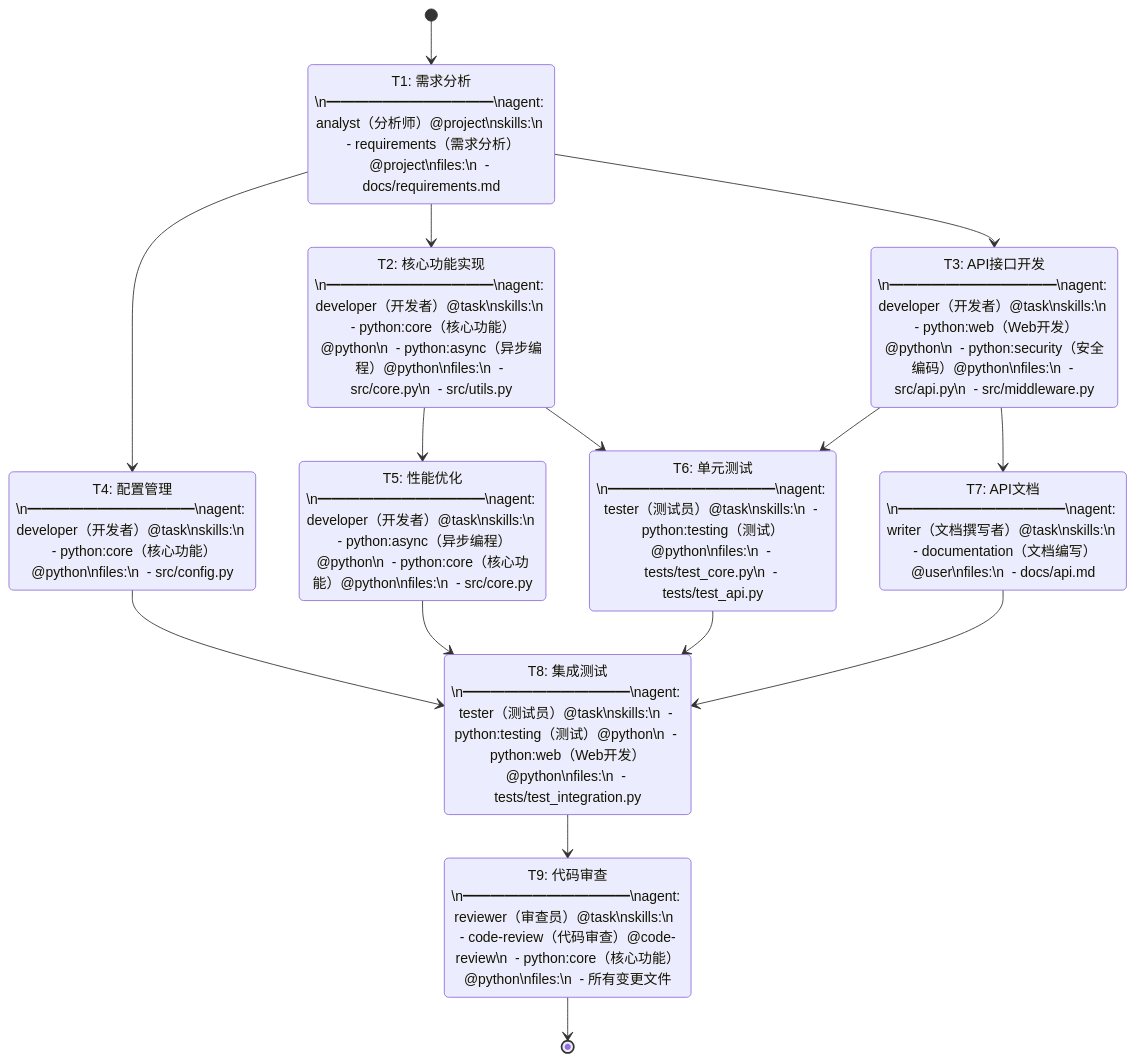
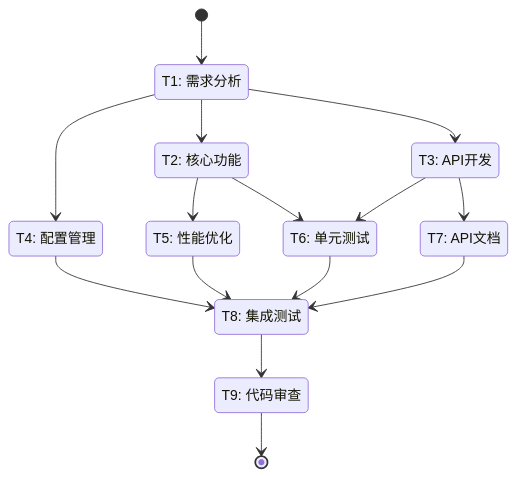
Before and after one commit to lazygophers/ccplugin: the diagram in plugins/tools/task/skills/loop/plan-confirmation-template.md, drawn with Mermaid. The commit also changed other lines of this file and 8 other files, not shown here.

First line of the commit message:
refactor(task): 优化token消耗和Mermaid生成质量

````diff
--- a/plugins/tools/task/skills/loop/plan-confirmation-template.md
+++ b/plugins/tools/task/skills/loop/plan-confirmation-template.md
@@ -5,40 +5,28 @@
 ```mermaid
 stateDiagram-v2
     [*] --> T1
 
-    state "T1: 需求分析\n━━━━━━━━━━━━\nagent: analyst（分析师）@project\nskills:\n  - requirements（需求分析）@project\nfiles:\n  - docs/requirements.md" as T1
+    state "T1: 需求分析" as T1
+    state "T2: 核心功能" as T2
+    state "T3: API开发" as T3
+    state "T4: 配置管理" as T4
+    state "T5: 性能优化" as T5
+    state "T6: 单元测试" as T6
+    state "T7: API文档" as T7
+    state "T8: 集成测试" as T8
+    state "T9: 代码审查" as T9
 
     T1 --> T2
     T1 --> T3
     T1 --> T4
-
-    state "T2: 核心功能实现\n━━━━━━━━━━━━\nagent: developer（开发者）@task\nskills:\n  - python:core（核心功能）@python\n  - python:async（异步编程）@python\nfiles:\n  - src/core.py\n  - src/utils.py" as T2
-
-    state "T3: API接口开发\n━━━━━━━━━━━━\nagent: developer（开发者）@task\nskills:\n  - python:web（Web开发）@python\n  - python:security（安全编码）@python\nfiles:\n  - src/api.py\n  - src/middleware.py" as T3
-
-    state "T4: 配置管理\n━━━━━━━━━━━━\nagent: developer（开发者）@task\nskills:\n  - python:core（核心功能）@python\nfiles:\n  - src/config.py" as T4
-
     T2 --> T5
     T2 --> T6
     T3 --> T6
     T3 --> T7
-
-    state "T5: 性能优化\n━━━━━━━━━━━━\nagent: developer（开发者）@task\nskills:\n  - python:async（异步编程）@python\n  - python:core（核心功能）@python\nfiles:\n  - src/core.py" as T5
-
-    state "T6: 单元测试\n━━━━━━━━━━━━\nagent: tester（测试员）@task\nskills:\n  - python:testing（测试）@python\nfiles:\n  - tests/test_core.py\n  - tests/test_api.py" as T6
-
-    state "T7: API文档\n━━━━━━━━━━━━\nagent: writer（文档撰写者）@task\nskills:\n  - documentation（文档编写）@user\nfiles:\n  - docs/api.md" as T7
-
     T4 --> T8
     T5 --> T8
     T6 --> T8
     T7 --> T8
-
-    state "T8: 集成测试\n━━━━━━━━━━━━\nagent: tester（测试员）@task\nskills:\n  - python:testing（测试）@python\n  - python:web（Web开发）@python\nfiles:\n  - tests/test_integration.py" as T8
-
     T8 --> T9
-
-    state "T9: 代码审查\n━━━━━━━━━━━━\nagent: reviewer（审查员）@task\nskills:\n  - code-review（代码审查）@code-review\n  - python:core（核心功能）@python\nfiles:\n  - 所有变更文件" as T9
-
     T9 --> [*]
 ```
````
